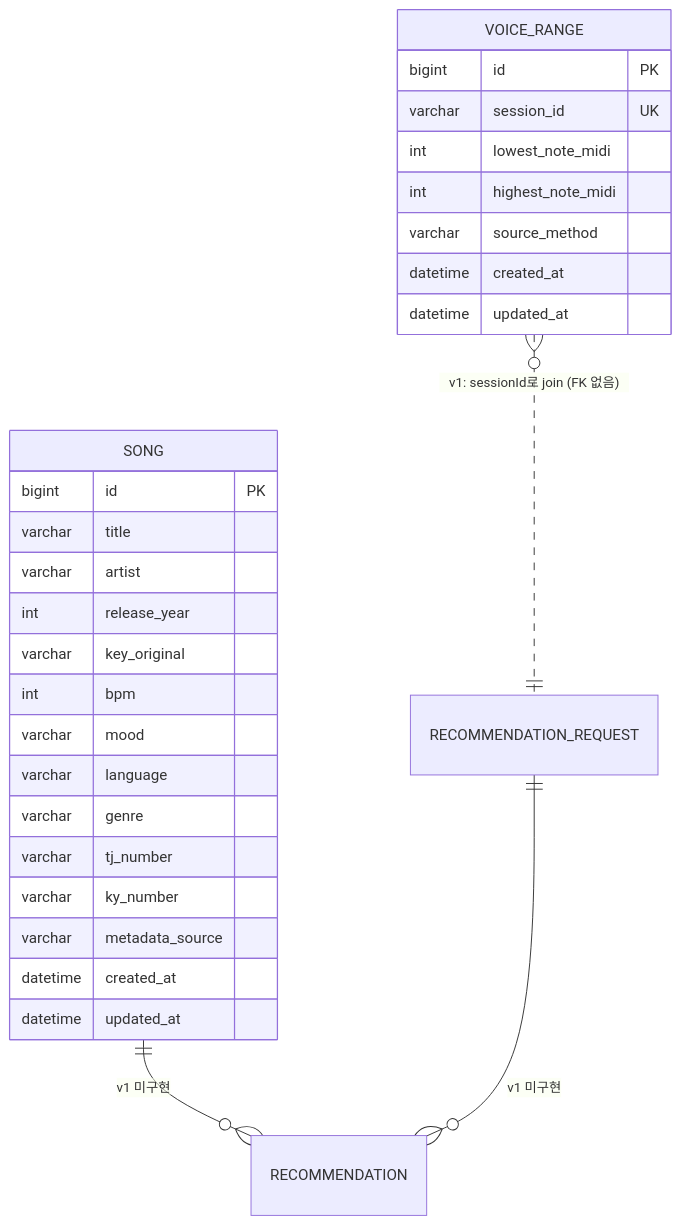
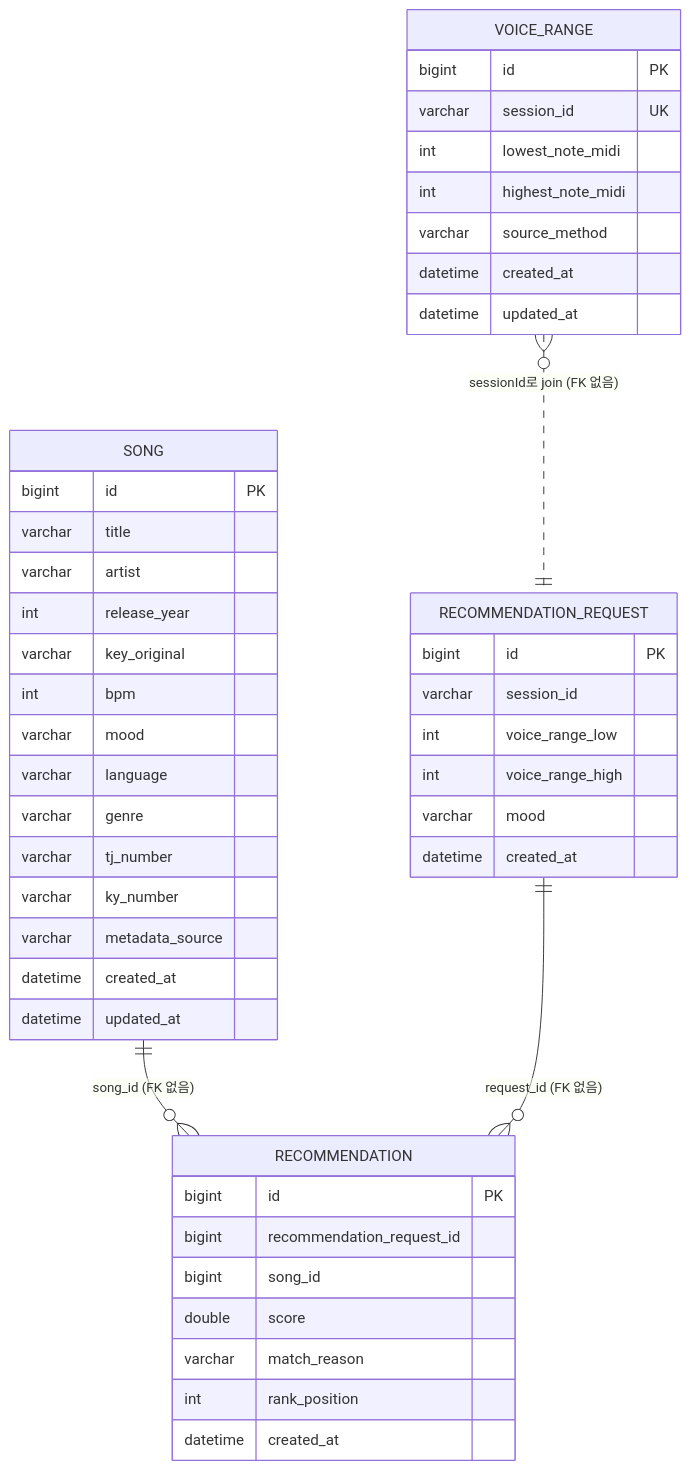
One commit to goohong/mobruji changed the diagram in docs/ai-harness/06-domain-model.md. Above: the diagram before and after it, drawn with Mermaid. The commit also changed other lines of this file and 17 other files, not shown here.

````diff
--- a/docs/ai-harness/06-domain-model.md
+++ b/docs/ai-harness/06-domain-model.md
@@ -81,33 +106,52 @@
 ```mermaid
 erDiagram
     VOICE_RANGE {
         bigint id PK
         varchar session_id UK
         int lowest_note_midi
         int highest_note_midi
         varchar source_method
         datetime created_at
         datetime updated_at
     }
 
     SONG {
         bigint id PK
         varchar title
         varchar artist
         int release_year
         varchar key_original
         int bpm
         varchar mood
         varchar language
         varchar genre
         varchar tj_number
         varchar ky_number
         varchar metadata_source
         datetime created_at
         datetime updated_at
     }
 
-    SONG ||--o{ RECOMMENDATION : "v1 미구현"
-    RECOMMENDATION_REQUEST ||--o{ RECOMMENDATION : "v1 미구현"
-    VOICE_RANGE }o..|| RECOMMENDATION_REQUEST : "v1: sessionId로 join (FK 없음)"
+    RECOMMENDATION_REQUEST {
+        bigint id PK
+        varchar session_id
+        int voice_range_low
+        int voice_range_high
+        varchar mood
+        datetime created_at
+    }
+
+    RECOMMENDATION {
+        bigint id PK
+        bigint recommendation_request_id
+        bigint song_id
+        double score
+        varchar match_reason
+        int rank_position
+        datetime created_at
+    }
+
+    SONG ||--o{ RECOMMENDATION : "song_id (FK 없음)"
+    RECOMMENDATION_REQUEST ||--o{ RECOMMENDATION : "request_id (FK 없음)"
+    VOICE_RANGE }o..|| RECOMMENDATION_REQUEST : "sessionId로 join (FK 없음)"
 ```
````
